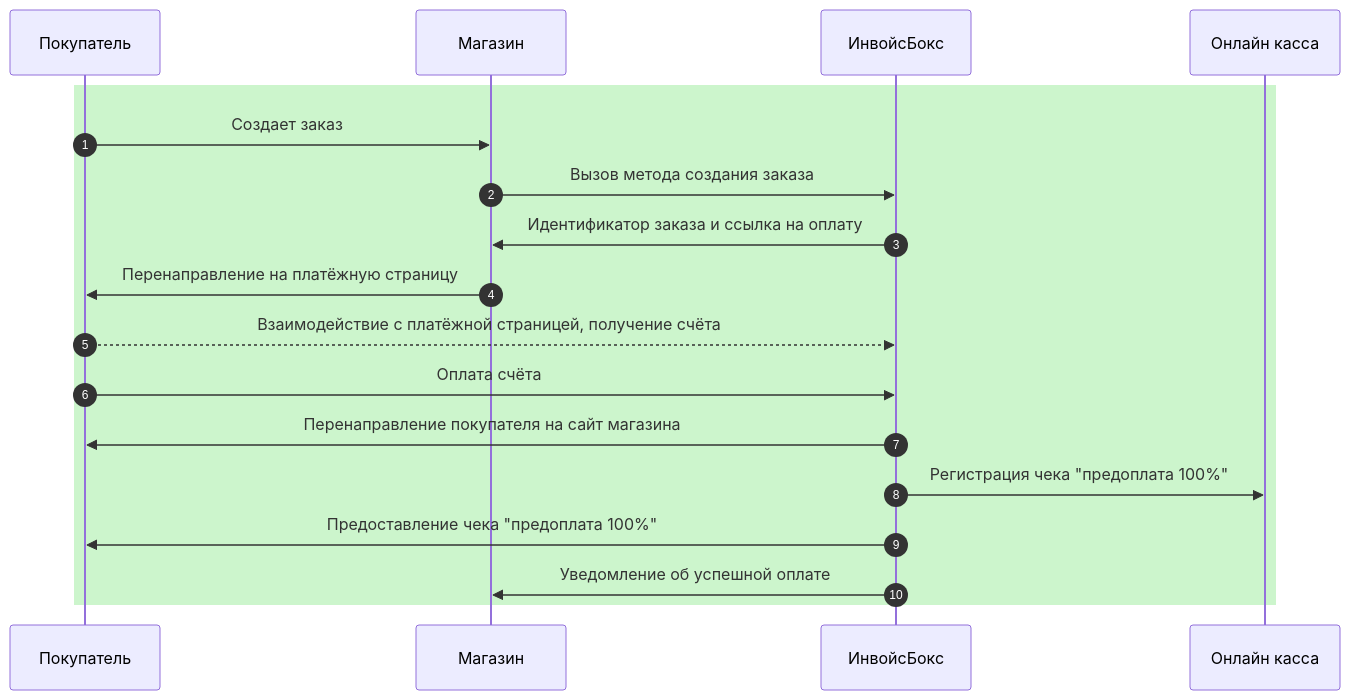
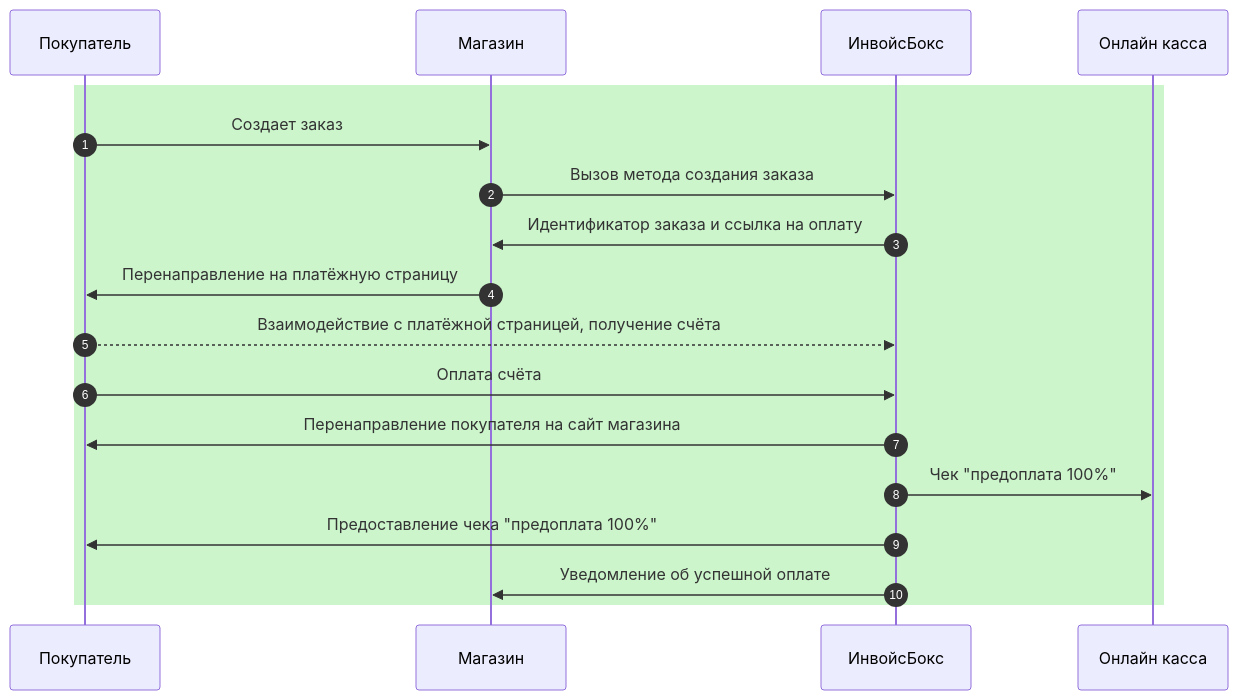
Before and after one commit to YIGRIKY/invoicebox-docs: the first of 3 diagrams in docs/schema.md, drawn with Mermaid. The commit also changed other lines of this file, not shown here.

```diff
--- a/docs/schema.md
+++ b/docs/schema.md
@@ -11,20 +11,20 @@
 <div class="mermaid">
 sequenceDiagram
     autonumber
     participant Покупатель
     participant Магазин
     participant ИнвойсБокс 
     participant Онлайн касса
     rect rgb(204, 245, 204)
       Покупатель->>Магазин: Создает заказ
       Магазин->>ИнвойсБокс: Вызов метода создания заказа
       ИнвойсБокс->>Магазин: Идентификатор заказа и ссылка на оплату
       Магазин->>Покупатель: Перенаправление на платёжную страницу
       Покупатель-->>ИнвойсБокс: Взаимодействие с платёжной страницей, получение счёта
       Покупатель->>ИнвойсБокс: Оплата счёта
       ИнвойсБокс->>Покупатель: Перенаправление покупателя на сайт магазина
-      ИнвойсБокс->>Онлайн касса: Регистрация чека "предоплата 100%"
+      ИнвойсБокс->>Онлайн касса: Чек "предоплата 100%"
       ИнвойсБокс->>Покупатель: Предоставление чека "предоплата 100%"
       ИнвойсБокс->>Магазин: Уведомление об успешной оплате
     end
 </div>
```
